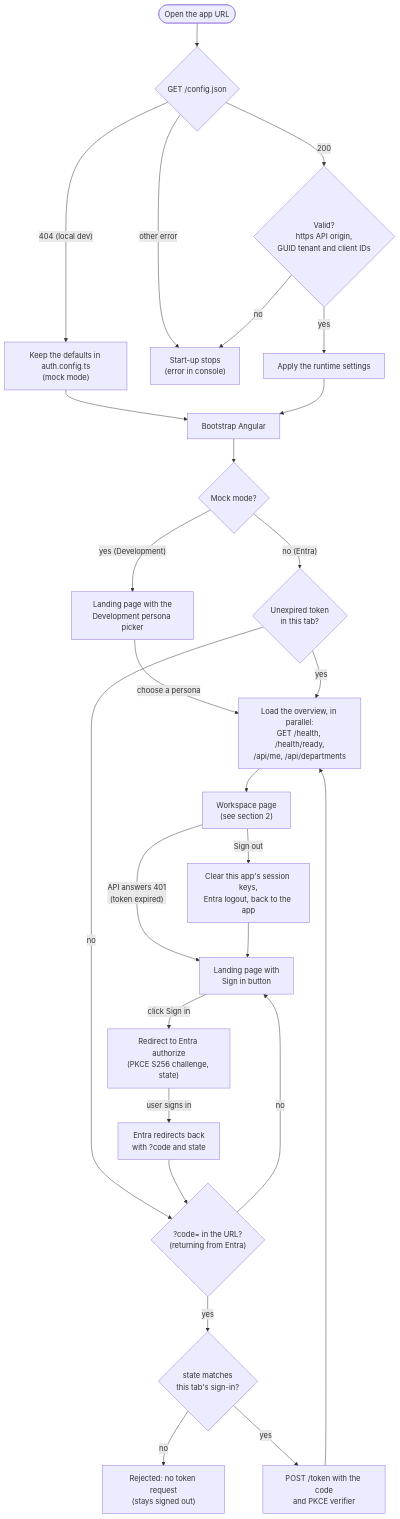
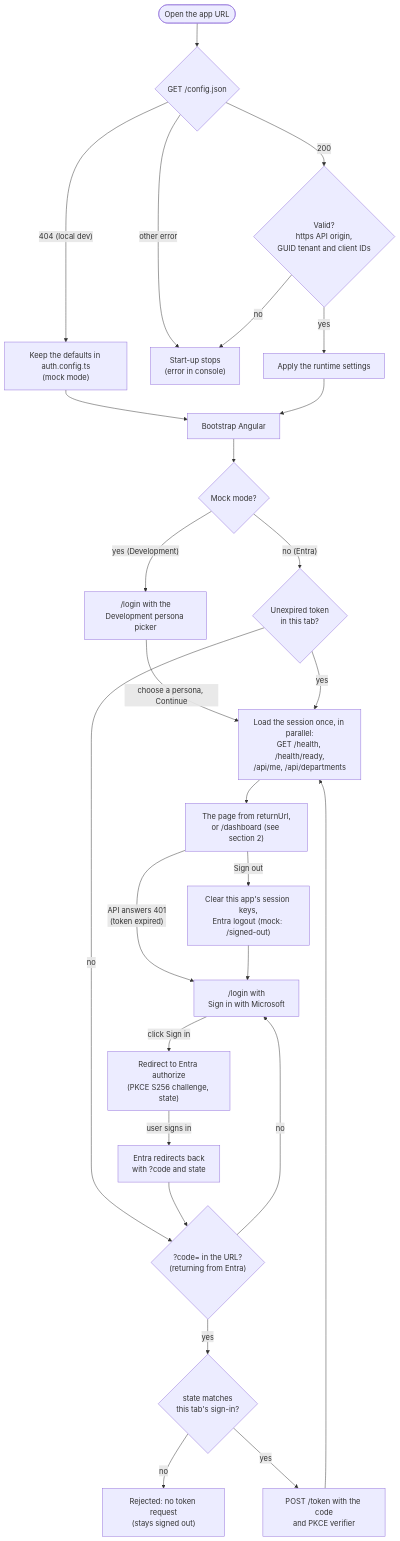
The second of 5 diagrams in docs/architecture/ui-flow.md (Ranish-Shrestha/FinOpsEnterprise), drawn with Mermaid before and after one commit. The commit also changed other lines of this file and 41 other files, not shown here.

First line of the commit message:
feat: implement new auth layout and pages for user authentication flow

````diff
--- a/docs/architecture/ui-flow.md
+++ b/docs/architecture/ui-flow.md
@@ -11,32 +44,32 @@
 ```mermaid
 flowchart TD
   Open(["Open the app URL"]) --> Cfg{"GET /config.json"}
   Cfg -- "404 (local dev)" --> Defaults["Keep the defaults in auth.config.ts<br/>(mock mode)"]
   Cfg -- "200" --> Valid{"Valid?<br/>https API origin,<br/>GUID tenant and client IDs"}
   Cfg -- "other error" --> Fail["Start-up stops<br/>(error in console)"]
   Valid -- "no" --> Fail
   Valid -- "yes" --> Apply["Apply the runtime settings"]
   Defaults --> Boot["Bootstrap Angular"]
   Apply --> Boot
   Boot --> Mode{"Mock mode?"}
 
-  Mode -- "yes (Development)" --> Persona["Landing page with the<br/>Development persona picker"]
-  Persona -- "choose a persona" --> Load
+  Mode -- "yes (Development)" --> Persona["/login with the<br/>Development persona picker"]
+  Persona -- "choose a persona, Continue" --> Load
 
   Mode -- "no (Entra)" --> HasToken{"Unexpired token<br/>in this tab?"}
   HasToken -- "yes" --> Load
   HasToken -- "no" --> Code{"?code= in the URL?<br/>(returning from Entra)"}
-  Code -- "no" --> SignIn["Landing page with<br/>Sign in button"]
+  Code -- "no" --> SignIn["/login with<br/>Sign in with Microsoft"]
   SignIn -- "click Sign in" --> Authorize["Redirect to Entra authorize<br/>(PKCE S256 challenge, state)"]
   Authorize -- "user signs in" --> Back["Entra redirects back<br/>with ?code and state"]
   Back --> Code
   Code -- "yes" --> State{"state matches<br/>this tab's sign-in?"}
   State -- "no" --> Reject["Rejected: no token request<br/>(stays signed out)"]
   State -- "yes" --> Exchange["POST /token with the code<br/>and PKCE verifier"]
   Exchange --> Load
 
-  Load["Load the overview, in parallel:<br/>GET /health, /health/ready,<br/>/api/me, /api/departments"] --> Workspace["Workspace page<br/>(see section 2)"]
+  Load["Load the session once, in parallel:<br/>GET /health, /health/ready,<br/>/api/me, /api/departments"] --> Workspace["The page from returnUrl,<br/>or /dashboard (see section 2)"]
   Workspace -- "API answers 401<br/>(token expired)" --> SignIn
-  Workspace -- "Sign out" --> Logout["Clear this app's session keys,<br/>Entra logout, back to the app"]
+  Workspace -- "Sign out" --> Logout["Clear this app's session keys,<br/>Entra logout (mock: /signed-out)"]
   Logout --> SignIn
 ```
````
